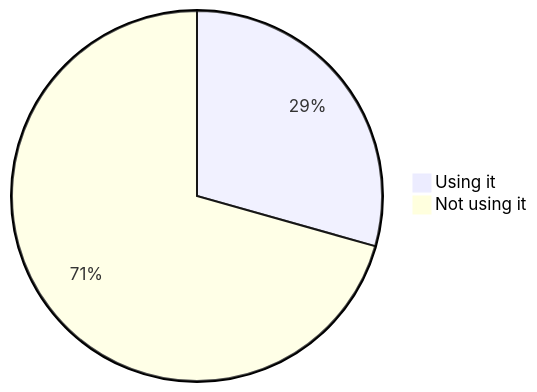
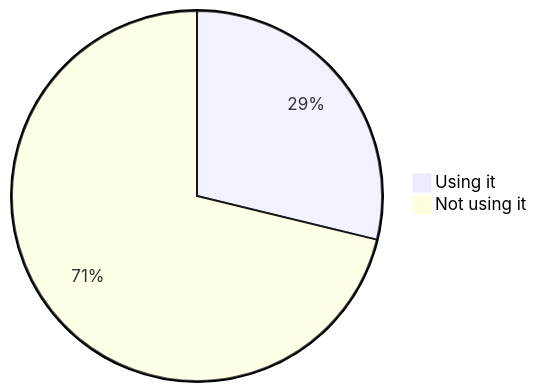
Before and after one commit to oshp/oshp-stats: diagram 16 of 22 in stats.md, drawn with Mermaid. The commit also changed other lines of this file, not shown here.

````diff
--- a/stats.md
+++ b/stats.md
@@ -190,6 +190,6 @@
 ```mermaid
 pie
-	"Using it" : 29.37
-	"Not using it" : 70.63
+	"Using it" : 28.79
+	"Not using it" : 71.21
 
 ```
````
